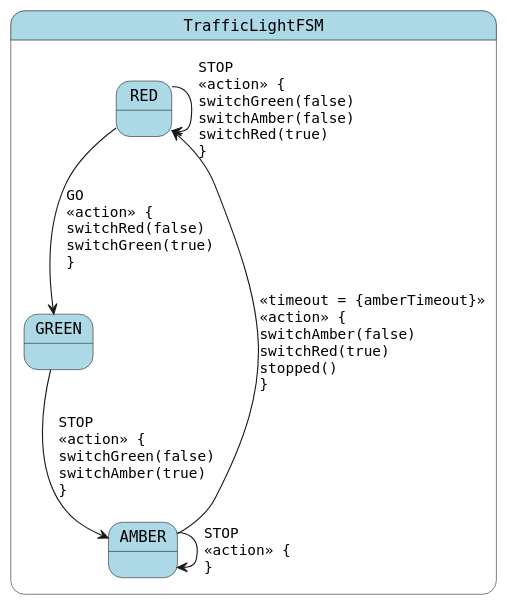
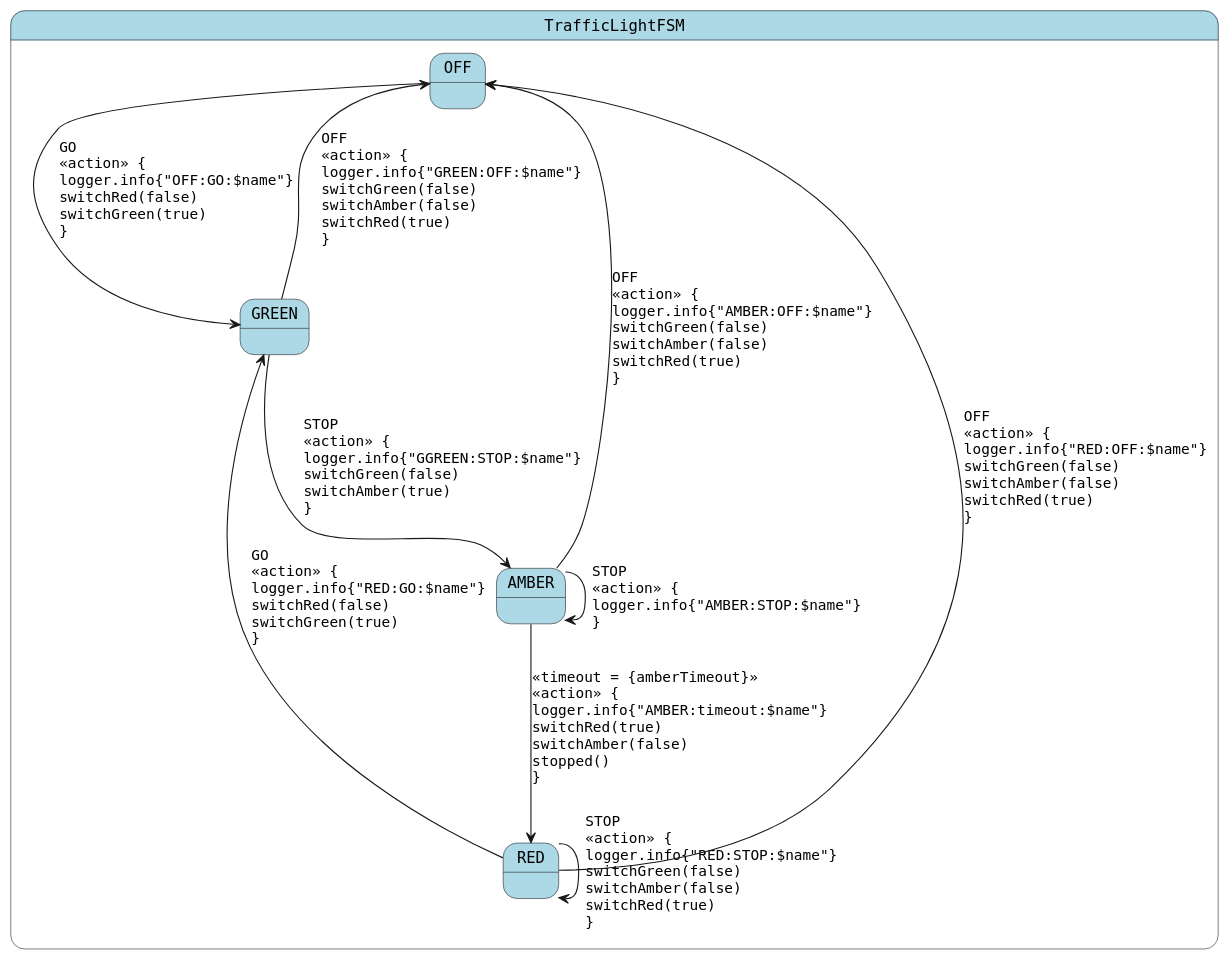
The diagram in generated/traffic-light.plantuml (open-jumpco/kfsm-android-compose-traffic), drawn with PlantUML before and after one commit. The commit also changed 9 other files, not shown here.

Commit message:
updated docs and added simple state diagrams

```diff
--- a/generated/traffic-light.plantuml
+++ b/generated/traffic-light.plantuml
@@ -1,14 +1,18 @@
 @startuml
 skinparam StateFontName Helvetica
 skinparam defaultFontName Monospaced
 skinparam state {
     BackgroundColor LightBlue
 }
 state TrafficLightFSM {
-RED --> GREEN : GO\l<<action>> {\lswitchRed(false)\lswitchGreen(true)\l}
-RED --> RED : STOP\l<<action>> {\lswitchGreen(false)\lswitchAmber(false)\lswitchRed(true)\l}
-AMBER --> RED : <<timeout = {amberTimeout}>>\l<<action>> {\lswitchAmber(false)\lswitchRed(true)\lstopped()\l}
-AMBER --> AMBER : STOP\l<<action>> {\l}
-GREEN --> AMBER : STOP\l<<action>> {\lswitchGreen(false)\lswitchAmber(true)\l}
+OFF --> GREEN : GO\l<<action>> {\llogger.info{"OFF:GO:$name"}\lswitchRed(false)\lswitchGreen(true)\l}
+RED --> GREEN : GO\l<<action>> {\llogger.info{"RED:GO:$name"}\lswitchRed(false)\lswitchGreen(true)\l}
+RED --> RED : STOP\l<<action>> {\llogger.info{"RED:STOP:$name"}\lswitchGreen(false)\lswitchAmber(false)\lswitchRed(true)\l}
+RED --> OFF : OFF\l<<action>> {\llogger.info{"RED:OFF:$name"}\lswitchGreen(false)\lswitchAmber(false)\lswitchRed(true)\l}
+AMBER --> RED : <<timeout = {amberTimeout}>>\l<<action>> {\llogger.info{"AMBER:timeout:$name"}\lswitchRed(true)\lswitchAmber(false)\lstopped()\l}
+AMBER --> AMBER : STOP\l<<action>> {\llogger.info{"AMBER:STOP:$name"}\l}
+AMBER --> OFF : OFF\l<<action>> {\llogger.info{"AMBER:OFF:$name"}\lswitchGreen(false)\lswitchAmber(false)\lswitchRed(true)\l}
+GREEN --> AMBER : STOP\l<<action>> {\llogger.info{"GGREEN:STOP:$name"}\lswitchGreen(false)\lswitchAmber(true)\l}
+GREEN --> OFF : OFF\l<<action>> {\llogger.info{"GREEN:OFF:$name"}\lswitchGreen(false)\lswitchAmber(false)\lswitchRed(true)\l}
 }
 @enduml
```
